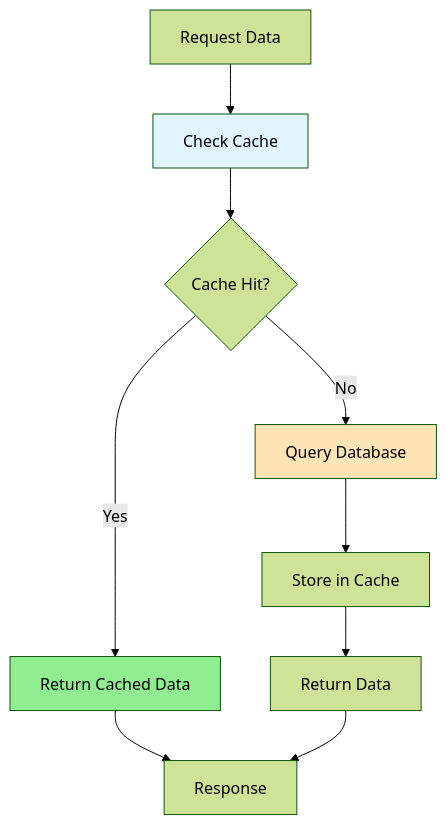
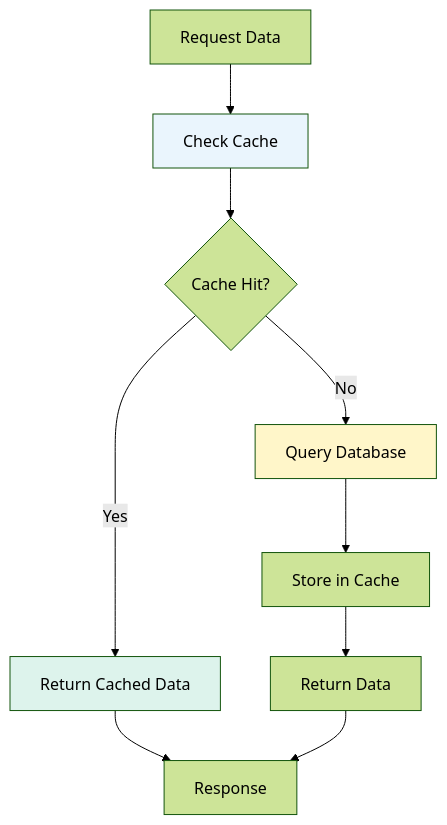
Diagram 15 of 47 in LLD/CoreConcepts/Caching.md (cartmancodes/InterviewVault), drawn with Mermaid (forest theme) before and after one commit. The commit also changed other lines of this file and 679 other files, not shown here.

Commit message:
Unify content diagrams and add accessible visual walkthroughs

````diff
--- a/LLD/CoreConcepts/Caching.md
+++ b/LLD/CoreConcepts/Caching.md
@@ -447,20 +447,20 @@
 ```mermaid
 flowchart TB
     START[Request Data]
     
     START --> CHECK[Check Cache]
     CHECK --> HIT{Cache Hit?}
     
     HIT -->|Yes| RETURN1[Return Cached Data]
     HIT -->|No| QUERY[Query Database]
     
     QUERY --> STORE[Store in Cache]
     STORE --> RETURN2[Return Data]
     
     RETURN1 --> END[Response]
     RETURN2 --> END
     
-    style CHECK fill:#e1f5ff
-    style RETURN1 fill:#90EE90
-    style QUERY fill:#FFE4B5
+    style CHECK fill:#EAF5FD
+    style RETURN1 fill:#DDF3EC
+    style QUERY fill:#FFF6C9
 ```
````
